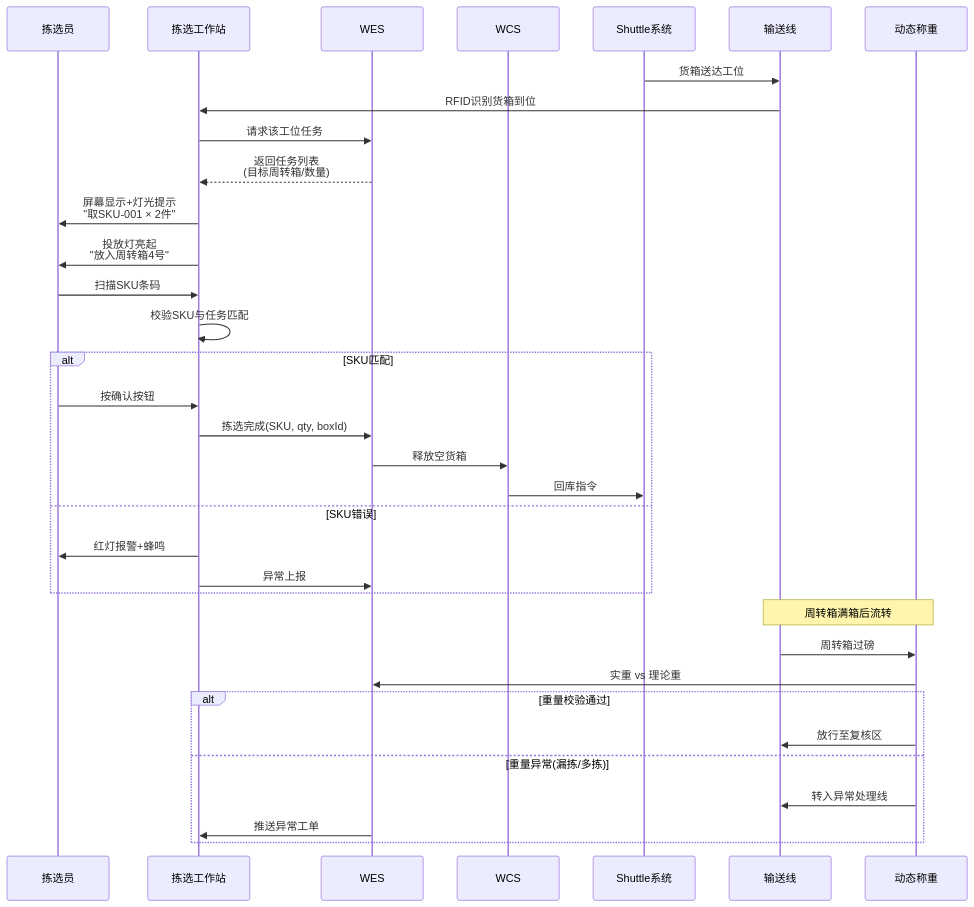
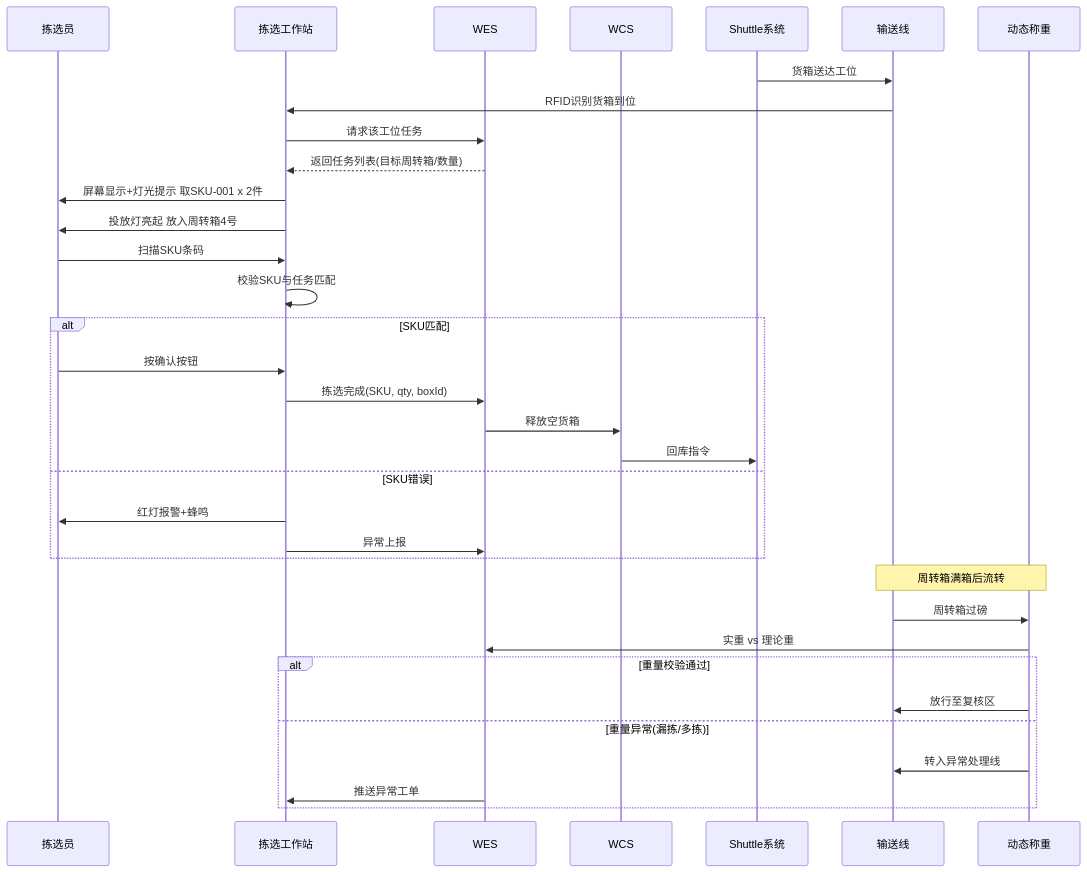
The fourth of 9 diagrams in docs/warehouse-automation-outbound.md (generous-jiang/jiangzw), drawn with Mermaid before and after one commit. The commit also changed other lines of this file and 9 other files, not shown here.

Commit message:
docs: 渲染所有交互图为 PNG 并嵌入文档（保留 Mermaid 源码可折叠）

````diff
--- a/docs/warehouse-automation-outbound.md
+++ b/docs/warehouse-automation-outbound.md
@@ -144,42 +172,42 @@
 ```mermaid
 sequenceDiagram
     participant Picker as 拣选员
     participant PTL as 拣选工作站
     participant WES
     participant WCS
     participant SHUTTLE as Shuttle系统
     participant CONV as 输送线
     participant DWS as 动态称重
 
     SHUTTLE->>CONV: 货箱送达工位
     CONV->>PTL: RFID识别货箱到位
     PTL->>WES: 请求该工位任务
-    WES-->>PTL: 返回任务列表<br/>(目标周转箱/数量)
+    WES-->>PTL: 返回任务列表(目标周转箱/数量)
 
-    PTL->>Picker: 屏幕显示+灯光提示<br/>"取SKU-001 × 2件"
-    PTL->>Picker: 投放灯亮起<br/>"放入周转箱4号"
+    PTL->>Picker: 屏幕显示+灯光提示 取SKU-001 x 2件
+    PTL->>Picker: 投放灯亮起 放入周转箱4号
 
     Picker->>PTL: 扫描SKU条码
     PTL->>PTL: 校验SKU与任务匹配
 
     alt SKU匹配
         Picker->>PTL: 按确认按钮
         PTL->>WES: 拣选完成(SKU, qty, boxId)
         WES->>WCS: 释放空货箱
         WCS->>SHUTTLE: 回库指令
     else SKU错误
         PTL->>Picker: 红灯报警+蜂鸣
         PTL->>WES: 异常上报
     end
 
     Note over CONV,DWS: 周转箱满箱后流转
     CONV->>DWS: 周转箱过磅
     DWS->>WES: 实重 vs 理论重
 
     alt 重量校验通过
         DWS->>CONV: 放行至复核区
     else 重量异常(漏拣/多拣)
         DWS->>CONV: 转入异常处理线
         WES->>PTL: 推送异常工单
     end
 ```
````
